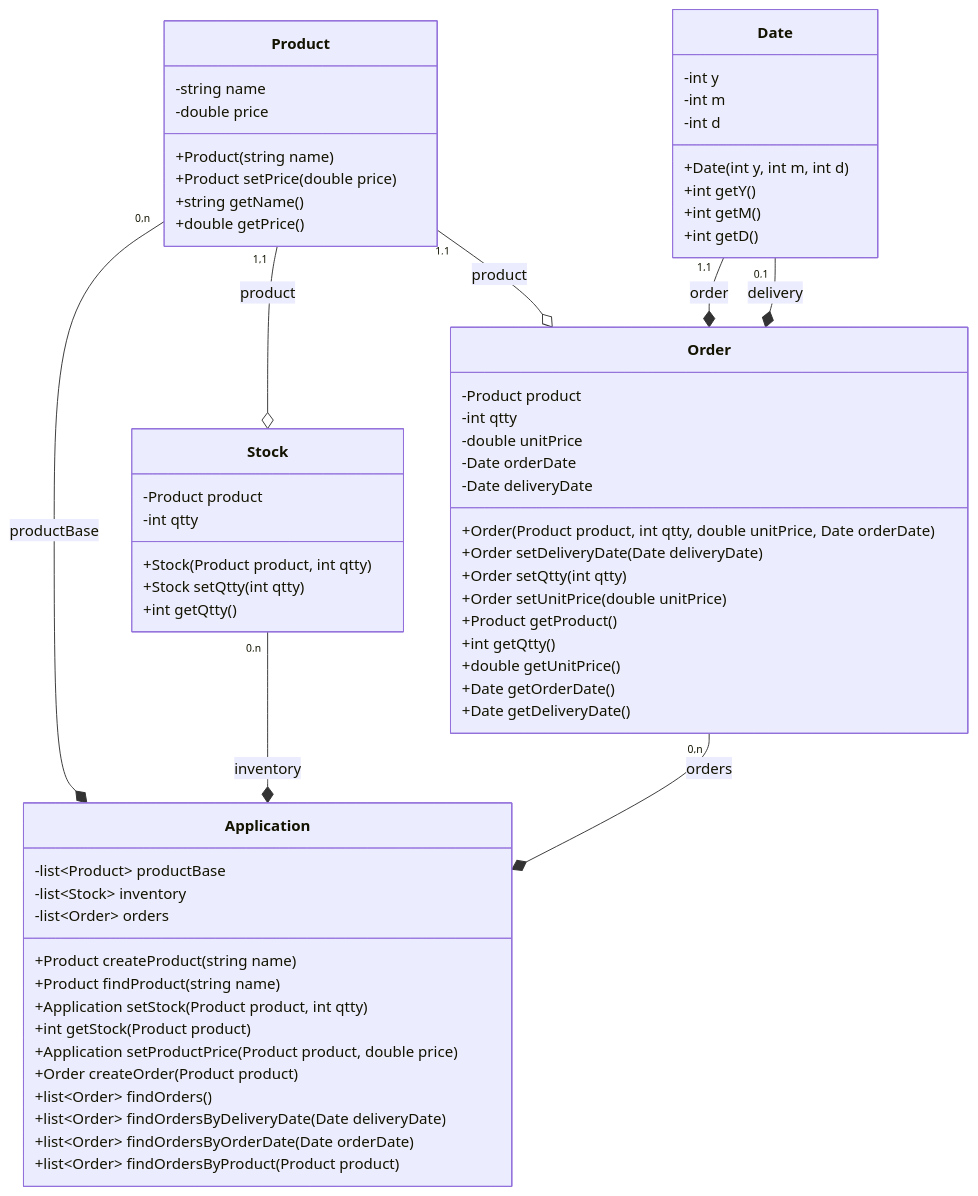
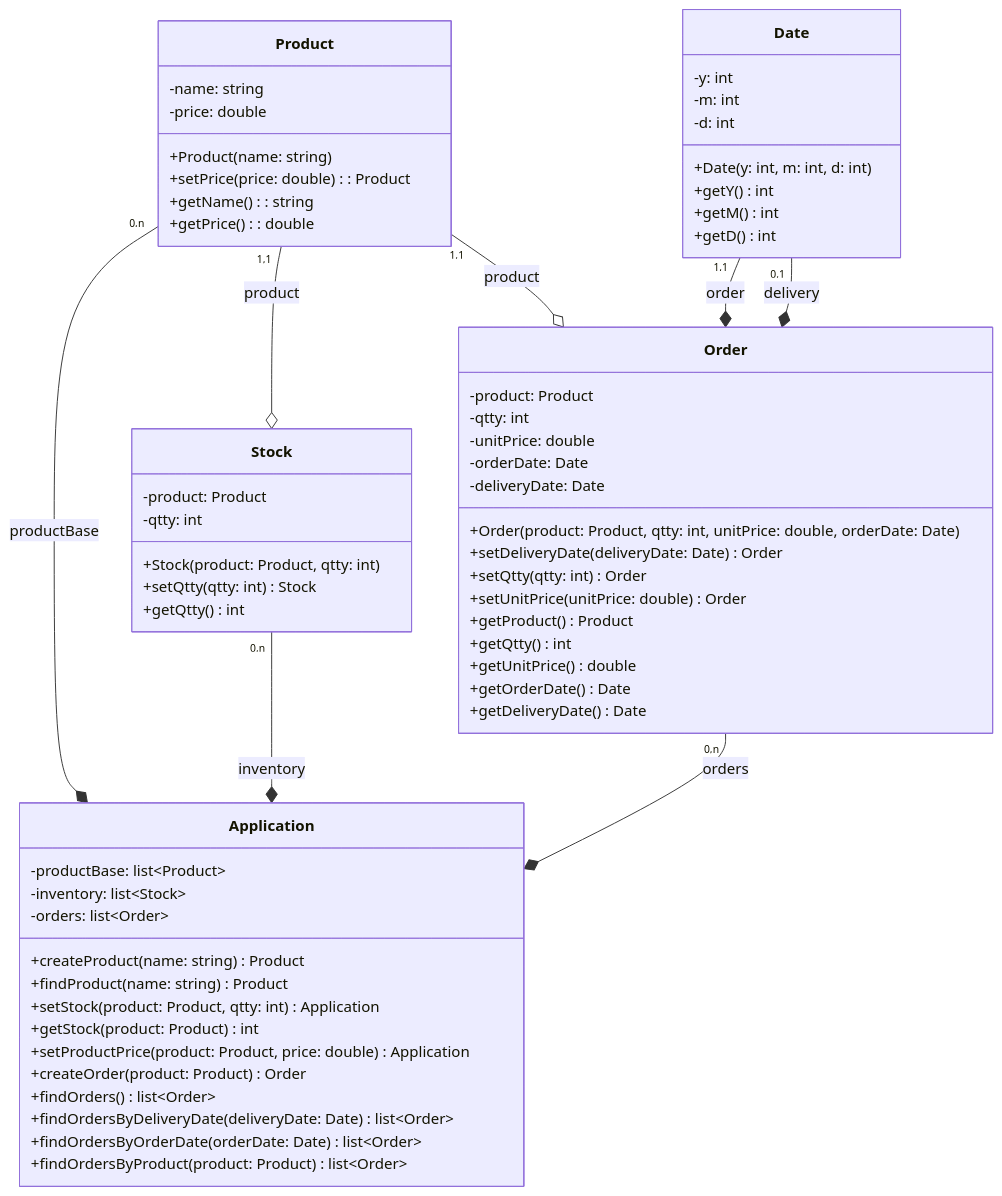
The fourth of 9 diagrams in Activités/act2-uml-basics.md (esirem-chassel/3aa-progadv), drawn with Mermaid before and after one commit. The commit also changed other lines of this file, not shown here.

````diff
--- a/Activités/act2-uml-basics.md
+++ b/Activités/act2-uml-basics.md
@@ -160,70 +160,70 @@
 ```mermaid
 classDiagram
   class Product {
-    -string name
-    -double price
-    +Product(string name)
-    +Product setPrice(double price)
-    +string getName()
-    +double getPrice()
+    -name: string
+    -price: double
+    +Product(name: string)
+    +setPrice(price: double): Product
+    +getName(): string
+    +getPrice(): double
   }
 
   class Date {
-    -int y
-    -int m
-    -int d
-    +Date(int y, int m, int d)
-    +int getY()
-    +int getM()
-    +int getD()
+    -y: int
+    -m: int
+    -d: int
+    +Date(y: int, m: int, d: int)
+    +getY() int
+    +getM() int
+    +getD() int
   }
 
   class Order {
-    -Product product
-    -int qtty
-    -double unitPrice
-    -Date orderDate
-    -Date deliveryDate
-    +Order(Product product, int qtty, double unitPrice, Date orderDate)
-    +Order setDeliveryDate(Date deliveryDate)
-    +Order setQtty(int qtty)
-    +Order setUnitPrice(double unitPrice)
-    +Product getProduct()
-    +int getQtty()
-    +double getUnitPrice()
-    +Date getOrderDate()
-    +Date getDeliveryDate()
+    -product: Product
+    -qtty: int
+    -unitPrice: double
+    -orderDate: Date
+    -deliveryDate: Date
+    +Order(product: Product, qtty: int, unitPrice: double, orderDate: Date)
+    +setDeliveryDate(deliveryDate: Date) Order
+    +setQtty(qtty: int) Order
+    +setUnitPrice(unitPrice: double) Order
+    +getProduct() Product
+    +getQtty() int
+    +getUnitPrice() double
+    +getOrderDate() Date
+    +getDeliveryDate() Date
   }
 
   class Stock {
-    -Product product
-    -int qtty
-    +Stock(Product product, int qtty)
-    +Stock setQtty(int qtty)
-    +int getQtty()
+    -product: Product
+    -qtty: int
+    +Stock(product: Product, qtty: int)
+    +setQtty(qtty: int) Stock
+    +getQtty() int
   }
 
   class Application {
-    -list~Product~ productBase
-    -list~Stock~ inventory
-    -list~Order~ orders
-    +Product createProduct(string name)
-    +Product findProduct(string name)
-    +Application setStock(Product product, int qtty)
-    +int getStock(Product product)
-    +Application setProductPrice(Product product, double price)
-    +Order createOrder(Product product)
-    +list~Order~ findOrders()
-    +list~Order~ findOrdersByDeliveryDate(Date deliveryDate)
-    +list~Order~ findOrdersByOrderDate(Date orderDate)
-    +list~Order~ findOrdersByProduct(Product product)
+    -productBase: list~Product~ 
+    -inventory: list~Stock~ 
+    -orders: list~Order~
+    +createProduct(name: string) Product
+    +findProduct(name: string) Product
+    +setStock(product: Product, qtty: int) Application
+    +getStock(product: Product) int
+    +setProductPrice(product: Product, price: double) Application
+    +createOrder(product: Product) Order
+    +findOrders() list~Order~
+    +findOrdersByDeliveryDate(deliveryDate: Date) list~Order~
+    +findOrdersByOrderDate(orderDate: Date) list~Order~
+    +findOrdersByProduct(product: Product) list~Order~
   }
 
   Product "0,n" --* Application : productBase
   Stock "0,n" --* Application : inventory
   Product "1,1" --o Stock : product
   Product "1,1" --o Order : product
   Date "1,1" --* Order : order
   Date "0,1" --* Order : delivery
   Order "0,n" --* Application : orders
 ```
````
